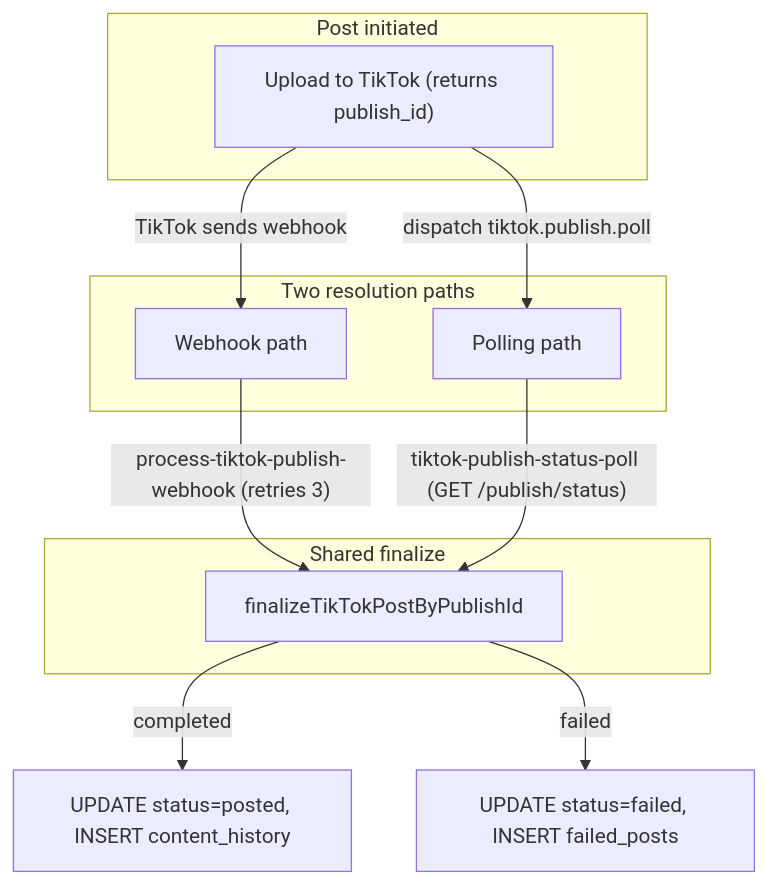
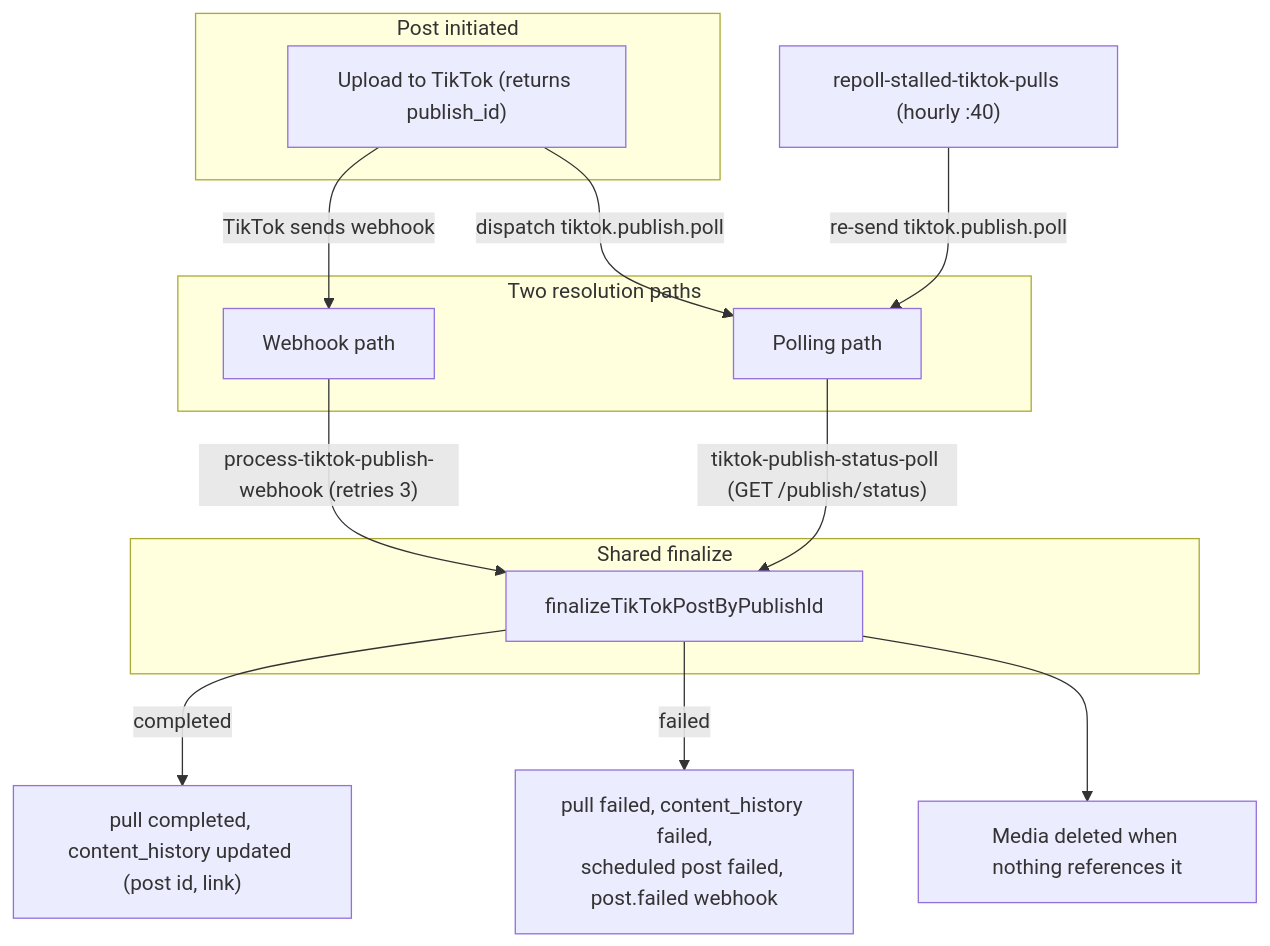
One commit to Andy00L/sharetopus changed the fifth of 8 diagrams in docs/ARCHITECTURE.md. Above: the diagram before and after it, drawn with Mermaid. The commit also changed other lines of this file and 15 other files, not shown here.

````diff
--- a/docs/ARCHITECTURE.md
+++ b/docs/ARCHITECTURE.md
@@ -396,24 +351,26 @@
 ```mermaid
 graph TD
     subgraph Initiation["Post initiated"]
         Upload["Upload to TikTok (returns publish_id)"]
     end
 
     subgraph Resolution["Two resolution paths"]
         Webhook["Webhook path"]
         Polling["Polling path"]
     end
 
     subgraph Convergence["Shared finalize"]
         Finalize["finalizeTikTokPostByPublishId"]
     end
 
     Upload -->|dispatch tiktok.publish.poll| Polling
     Upload -->|TikTok sends webhook| Webhook
 
     Webhook -->|"process-tiktok-publish-webhook (retries 3)"| Finalize
     Polling -->|"tiktok-publish-status-poll (GET /publish/status)"| Finalize
 
-    Finalize -->|completed| Success["UPDATE status=posted, INSERT content_history"]
-    Finalize -->|failed| Failure["UPDATE status=failed, INSERT failed_posts"]
+    Finalize -->|completed| Success["pull completed, content_history updated (post id, link)"]
+    Finalize -->|failed| Failure["pull failed, content_history failed,\nscheduled post failed, post.failed webhook"]
+    Finalize --> Cleanup["Media deleted when nothing references it"]
+    Repoll["repoll-stalled-tiktok-pulls (hourly :40)"] -->|re-send tiktok.publish.poll| Polling
 ```
````
